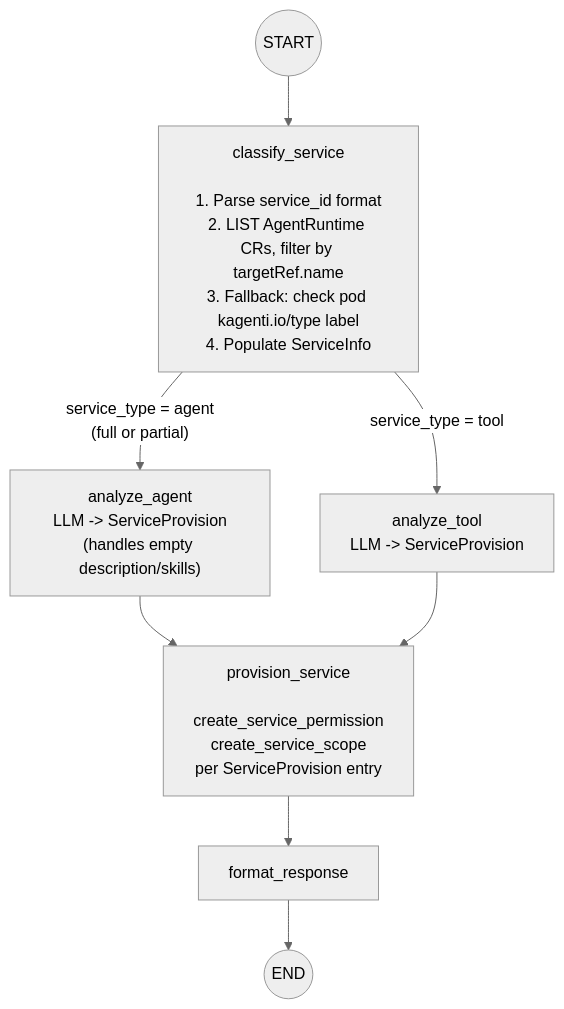
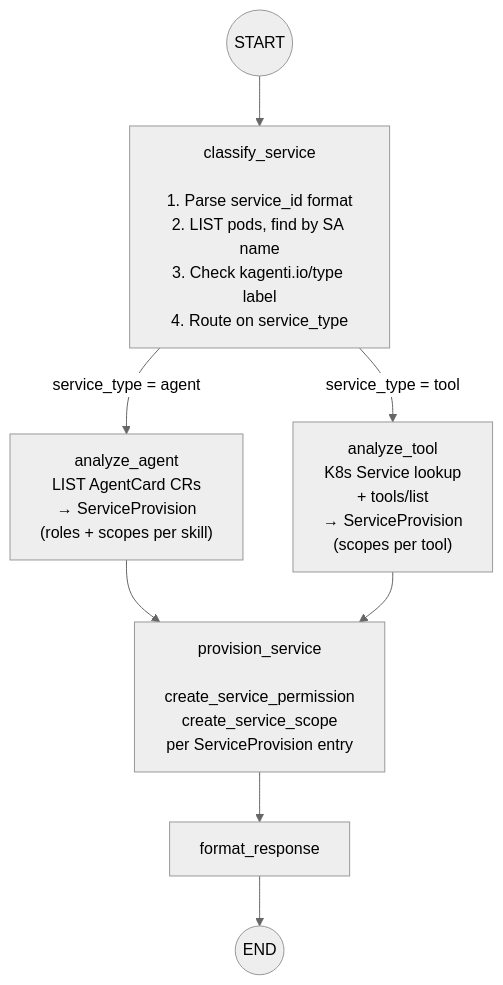
Before and after one commit to rossoctl/aiac: the second of 3 diagrams in inception/requirements/components/aiac-agent/uc1-service-onboarding.md, drawn with Mermaid (neutral theme). The commit also changed other lines of this file and 2 other files, not shown here.

First line of the commit message:
docs: redesign UC1 Service Provision nodes — remove LLM, deterministic mapping

````diff
--- a/inception/requirements/components/aiac-agent/uc1-service-onboarding.md
+++ b/inception/requirements/components/aiac-agent/uc1-service-onboarding.md
@@ -68,13 +68,13 @@
 ```mermaid
 flowchart TD
-    START(("START")) --> CLASSIFY["classify_service\n\n1. Parse service_id format\n2. LIST AgentRuntime CRs, filter by targetRef.name\n3. Fallback: check pod kagenti.io/type label\n4. Populate ServiceInfo"]
+    START(("START")) --> CLASSIFY["classify_service\n\n1. Parse service_id format\n2. LIST pods, find by SA name\n3. Check kagenti.io/type label\n4. Route on service_type"]
 
-    CLASSIFY -->|"service_type = agent\n(full or partial)"| ANALYZE_AGENT["analyze_agent\nLLM -> ServiceProvision\n(handles empty description/skills)"]
-    CLASSIFY -->|"service_type = tool"| ANALYZE_TOOL["analyze_tool\nLLM -> ServiceProvision"]
+    CLASSIFY -->|"service_type = agent"| ANALYZE_AGENT["analyze_agent\nLIST AgentCard CRs\n→ ServiceProvision\n(roles + scopes per skill)"]
+    CLASSIFY -->|"service_type = tool"| ANALYZE_TOOL["analyze_tool\nK8s Service lookup\n+ tools/list\n→ ServiceProvision\n(scopes per tool)"]
 
     ANALYZE_AGENT --> PROVISION["provision_service\n\ncreate_service_permission\ncreate_service_scope\nper ServiceProvision entry"]
     ANALYZE_TOOL --> PROVISION
 
     PROVISION --> FORMAT["format_response"]
     FORMAT --> END(("END"))
 ```
````
